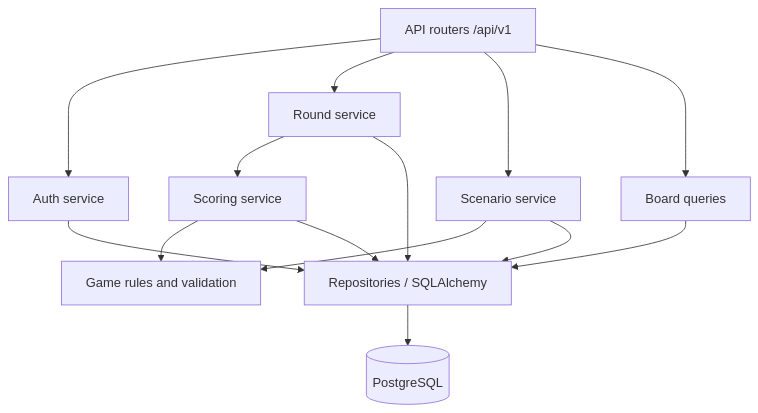
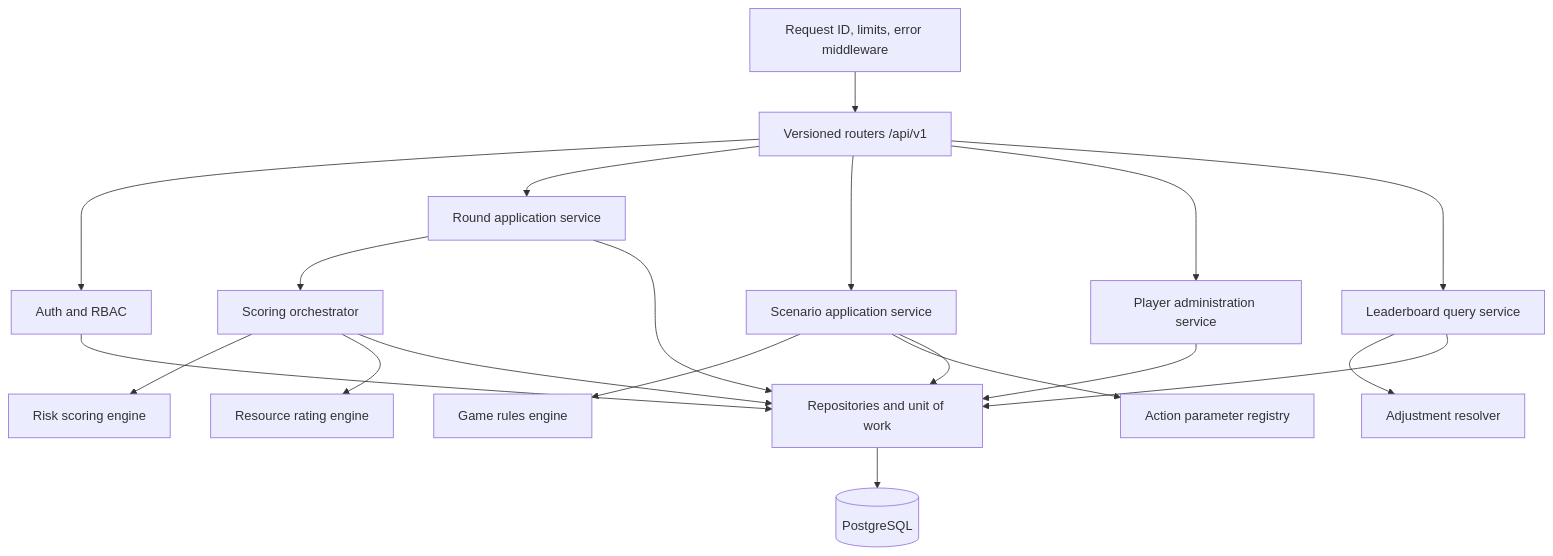
The sixth of 9 diagrams in docs/architecture.md (BigZet/AMLautosim), drawn with Mermaid before and after one commit. The commit also changed other lines of this file and 14 other files, not shown here.

````diff
--- a/docs/architecture.md
+++ b/docs/architecture.md
@@ -72,16 +172,24 @@
 ```mermaid
 flowchart TB
-    routers["API routers /api/v1"] --> auth["Auth service"]
-    routers --> rounds["Round service"]
-    routers --> scenarios["Scenario service"]
-    routers --> board["Board queries"]
-    scenarios --> rules["Game rules and validation"]
-    rounds --> scoring["Scoring service"]
-    scoring --> rules
-    auth --> repositories["Repositories / SQLAlchemy"]
+    middleware["Request ID, limits, error middleware"] --> routers["Versioned routers /api/v1"]
+    routers --> auth["Auth and RBAC"]
+    routers --> rounds["Round application service"]
+    routers --> scenarios["Scenario application service"]
+    routers --> players["Player administration service"]
+    routers --> leaderboard["Leaderboard query service"]
+
+    scenarios --> rules["Game rules engine"]
+    scenarios --> cardRegistry["Action parameter registry"]
+    rounds --> scoring["Scoring orchestrator"]
+    scoring --> model["Risk scoring engine"]
+    scoring --> efficiency["Resource rating engine"]
+    leaderboard --> adjustments["Adjustment resolver"]
+
+    auth --> repositories["Repositories and unit of work"]
     rounds --> repositories
     scenarios --> repositories
-    board --> repositories
+    players --> repositories
+    leaderboard --> repositories
     scoring --> repositories
     repositories --> db[("PostgreSQL")]
 ```
````
